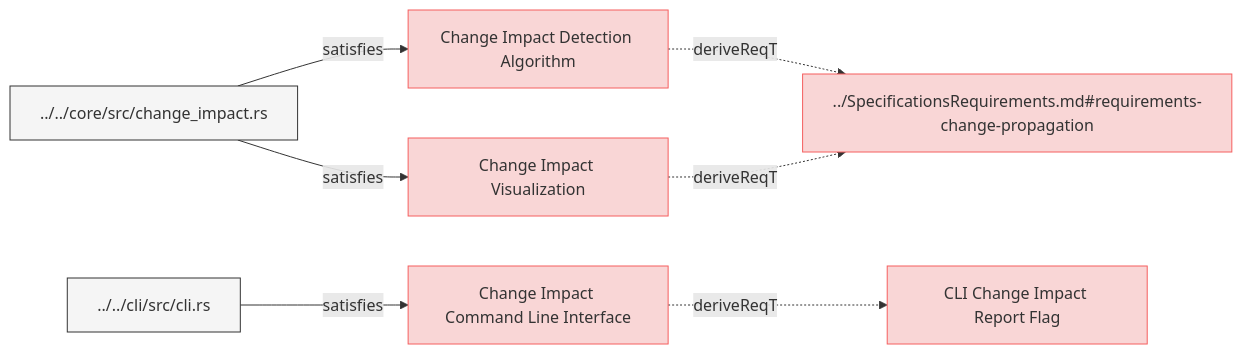
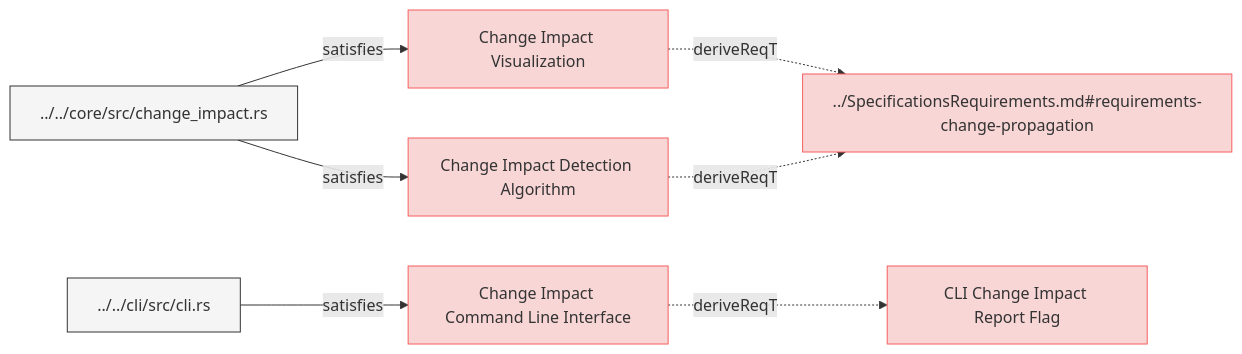
Before and after one commit to reqvire-org/reqvire: the diagram in specifications/SystemRequirements/ChangeImpactPropagation.md, drawn with Mermaid. The commit also changed 20 other files, not shown here.

````diff
--- a/specifications/SystemRequirements/ChangeImpactPropagation.md
+++ b/specifications/SystemRequirements/ChangeImpactPropagation.md
@@ -6,36 +6,36 @@
 ```mermaid
 graph LR;
   %% Graph styling
   classDef requirement fill:#f9d6d6,stroke:#f55f5f,stroke-width:1px;
   classDef verification fill:#d6f9d6,stroke:#5fd75f,stroke-width:1px;
   classDef externalLink fill:#d0e0ff,stroke:#3080ff,stroke-width:1px;
   classDef default fill:#f5f5f5,stroke:#333333,stroke-width:1px;
 
-  d46f18156c13fc62["Change Impact Detection Algorithm"];
-  click d46f18156c13fc62 "https://github.com/Reqvire/reqvire/blob/30536324899084e88969175e3613c971ffa6e108/specifications/SystemRequirements/ChangeImpactPropagation.md#change-impact-detection-algorithm";
-  class d46f18156c13fc62 requirement;
+  b5f53f632fafec7e["Change Impact Visualization"];
+  click b5f53f632fafec7e "https://github.com/Reqvire/reqvire/blob/667635d4628fed400323f7df3689af2dbc2ad666/specifications/SystemRequirements/ChangeImpactPropagation.md#change-impact-visualization";
+  class b5f53f632fafec7e requirement;
   d914e938be7e0abf["../SpecificationsRequirements.md#requirements-change-propagation"];
   class d914e938be7e0abf requirement;
-  click d914e938be7e0abf "https://github.com/Reqvire/reqvire/blob/30536324899084e88969175e3613c971ffa6e108/specifications/SpecificationsRequirements.md#requirements-change-propagation";
-  d46f18156c13fc62 -.->|deriveReqT| d914e938be7e0abf;
+  click d914e938be7e0abf "https://github.com/Reqvire/reqvire/blob/667635d4628fed400323f7df3689af2dbc2ad666/specifications/SpecificationsRequirements.md#requirements-change-propagation";
+  b5f53f632fafec7e -.->|deriveReqT| d914e938be7e0abf;
   76acbdfdc0fba01e["../../core/src/change_impact.rs"];
   class 76acbdfdc0fba01e default;
-  click 76acbdfdc0fba01e "https://github.com/Reqvire/reqvire/blob/30536324899084e88969175e3613c971ffa6e108/core/src/change_impact.rs";
-  76acbdfdc0fba01e -->|satisfies| d46f18156c13fc62;
-  b5f53f632fafec7e["Change Impact Visualization"];
-  click b5f53f632fafec7e "https://github.com/Reqvire/reqvire/blob/30536324899084e88969175e3613c971ffa6e108/specifications/SystemRequirements/ChangeImpactPropagation.md#change-impact-visualization";
-  class b5f53f632fafec7e requirement;
-  b5f53f632fafec7e -.->|deriveReqT| d914e938be7e0abf;
+  click 76acbdfdc0fba01e "https://github.com/Reqvire/reqvire/blob/667635d4628fed400323f7df3689af2dbc2ad666/core/src/change_impact.rs";
   76acbdfdc0fba01e -->|satisfies| b5f53f632fafec7e;
   df07168dd5bc52f5["Change Impact Command Line Interface"];
-  click df07168dd5bc52f5 "https://github.com/Reqvire/reqvire/blob/30536324899084e88969175e3613c971ffa6e108/specifications/SystemRequirements/ChangeImpactPropagation.md#change-impact-command-line-interface";
+  click df07168dd5bc52f5 "https://github.com/Reqvire/reqvire/blob/667635d4628fed400323f7df3689af2dbc2ad666/specifications/SystemRequirements/ChangeImpactPropagation.md#change-impact-command-line-interface";
   class df07168dd5bc52f5 requirement;
   c020978403254f09["CLI Change Impact Report Flag"];
   class c020978403254f09 requirement;
-  click c020978403254f09 "https://github.com/Reqvire/reqvire/blob/30536324899084e88969175e3613c971ffa6e108/specifications/SystemRequirements/Requirements.md#cli-change-impact-report-flag";
+  click c020978403254f09 "https://github.com/Reqvire/reqvire/blob/667635d4628fed400323f7df3689af2dbc2ad666/specifications/SystemRequirements/Requirements.md#cli-change-impact-report-flag";
   df07168dd5bc52f5 -.->|deriveReqT| c020978403254f09;
   2f21d2133dbfd205["../../cli/src/cli.rs"];
   class 2f21d2133dbfd205 default;
-  click 2f21d2133dbfd205 "https://github.com/Reqvire/reqvire/blob/30536324899084e88969175e3613c971ffa6e108/cli/src/cli.rs";
+  click 2f21d2133dbfd205 "https://github.com/Reqvire/reqvire/blob/667635d4628fed400323f7df3689af2dbc2ad666/cli/src/cli.rs";
   2f21d2133dbfd205 -->|satisfies| df07168dd5bc52f5;
+  d46f18156c13fc62["Change Impact Detection Algorithm"];
+  click d46f18156c13fc62 "https://github.com/Reqvire/reqvire/blob/667635d4628fed400323f7df3689af2dbc2ad666/specifications/SystemRequirements/ChangeImpactPropagation.md#change-impact-detection-algorithm";
+  class d46f18156c13fc62 requirement;
+  d46f18156c13fc62 -.->|deriveReqT| d914e938be7e0abf;
+  76acbdfdc0fba01e -->|satisfies| d46f18156c13fc62;
 ```
````
